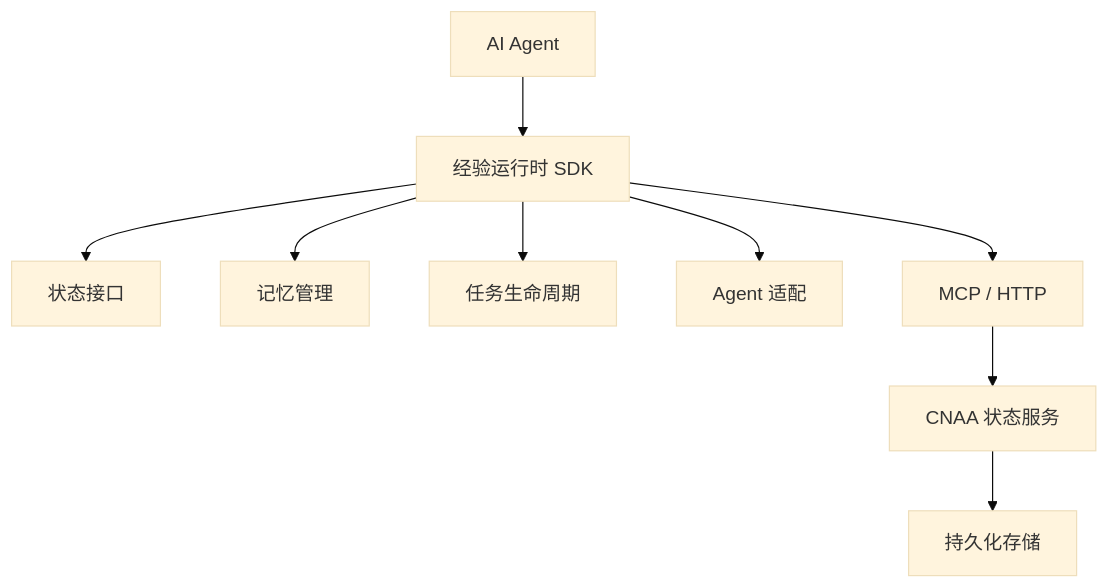
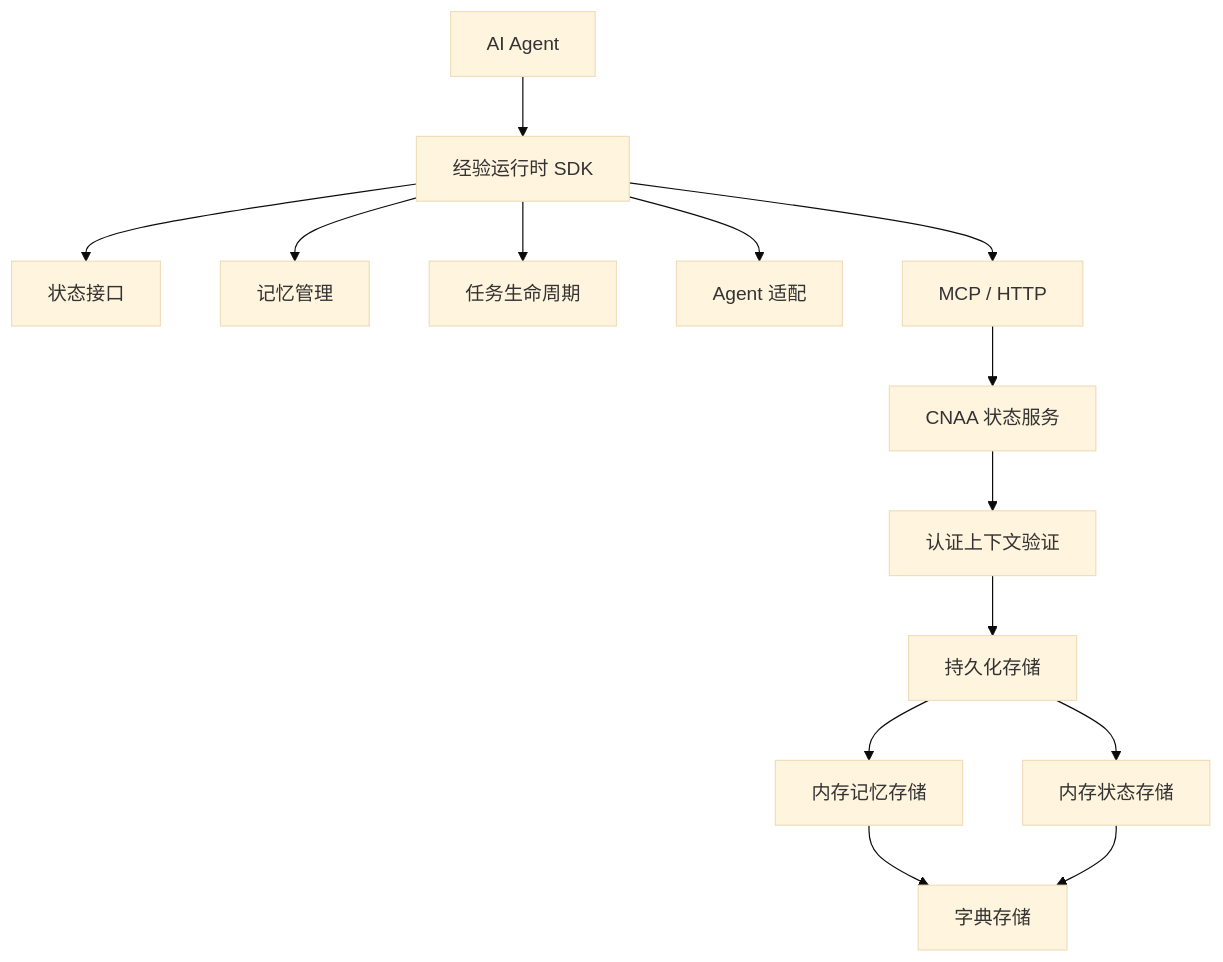
Before and after one commit to lgx236/CNAA-Cloud-Native-Agent-Architecture-: the first of 8 diagrams in .qoder/repowiki/zh/content/集成指南/存储后端.md, drawn with Mermaid (base theme). The commit also changed other lines of this file and 98 other files, not shown here.

Commit message:
feat: Add cloud-local distributed architecture configuration & deployment docs

````diff
--- a/.qoder/repowiki/zh/content/集成指南/存储后端.md
+++ b/.qoder/repowiki/zh/content/集成指南/存储后端.md
@@ -30,11 +42,16 @@
 ```mermaid
 graph TB
 Agent["AI Agent"] --> Runtime["经验运行时 SDK"]
 Runtime --> StateInterface["状态接口"]
 Runtime --> MemoryManager["记忆管理"]
 Runtime --> TaskLifecycle["任务生命周期"]
 Runtime --> AgentAdapter["Agent 适配"]
 Runtime --> Transport["MCP / HTTP"]
 Transport --> StateService["CNAA 状态服务"]
-StateService --> Storage["持久化存储"]
+StateService --> AuthContext["认证上下文验证"]
+AuthContext --> Storage["持久化存储"]
+Storage --> MemoryStore["内存记忆存储"]
+Storage --> StateStore["内存状态存储"]
+MemoryStore --> Dict["字典存储"]
+StateStore --> Dict
 ```
````
